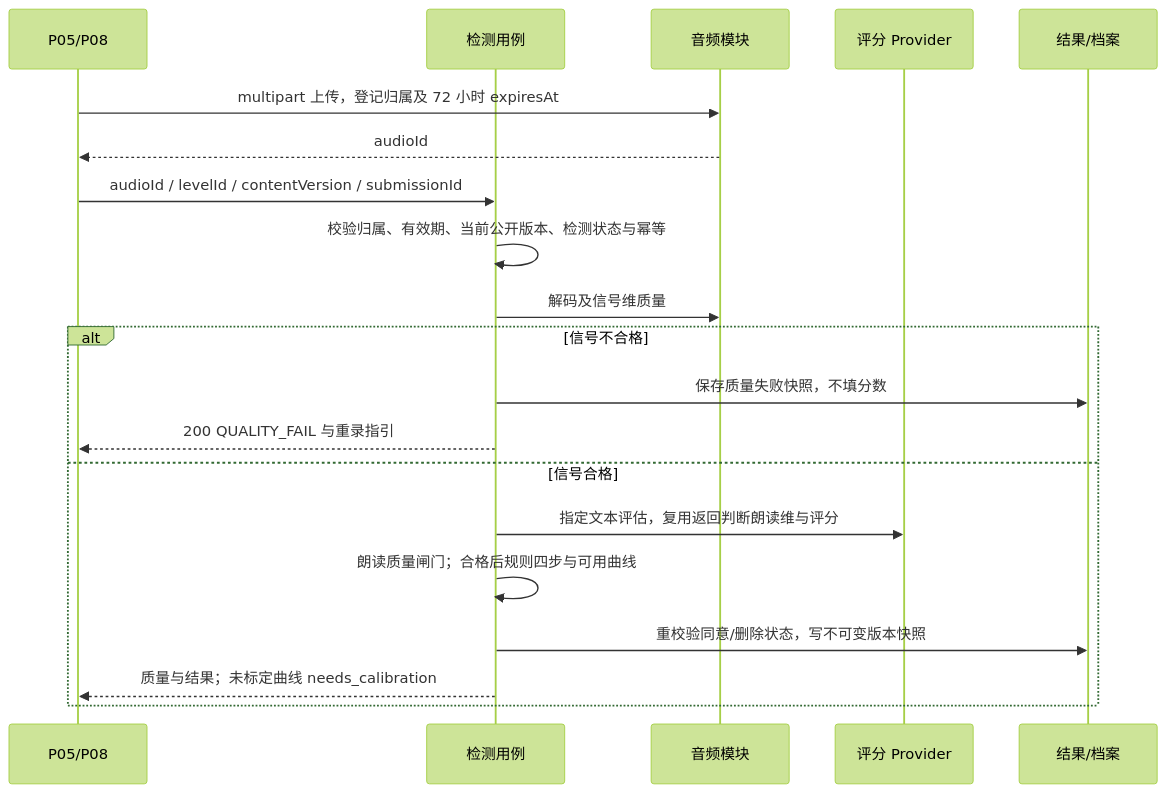
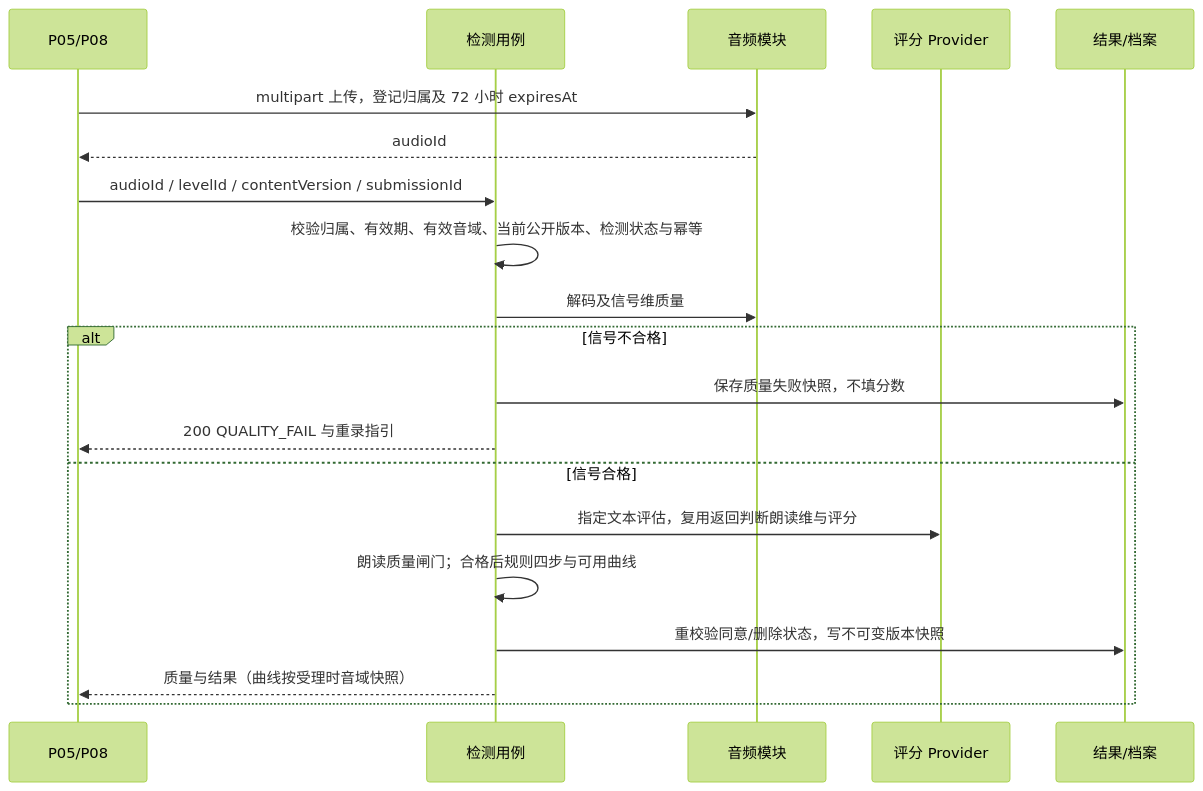
The second of 2 diagrams in docs/architecture/02-目标架构.md (teke123/sound-visualizer-learning-), drawn with Mermaid (forest theme) before and after one commit. The commit also changed other lines of this file and 14 other files, not shown here.

````diff
--- a/docs/architecture/02-目标架构.md
+++ b/docs/architecture/02-目标架构.md
@@ -67,22 +68,22 @@
 ```mermaid
 sequenceDiagram
     participant UI as P05/P08
     participant API as 检测用例
     participant Audio as 音频模块
     participant Provider as 评分 Provider
     participant Store as 结果/档案
     UI->>Audio: multipart 上传，登记归属及 72 小时 expiresAt
     Audio-->>UI: audioId
     UI->>API: audioId / levelId / contentVersion / submissionId
-    API->>API: 校验归属、有效期、当前公开版本、检测状态与幂等
+    API->>API: 校验归属、有效期、有效音域、当前公开版本、检测状态与幂等
     API->>Audio: 解码及信号维质量
     alt 信号不合格
         API->>Store: 保存质量失败快照，不填分数
         API-->>UI: 200 QUALITY_FAIL 与重录指引
     else 信号合格
         API->>Provider: 指定文本评估，复用返回判断朗读维与评分
         API->>API: 朗读质量闸门；合格后规则四步与可用曲线
         API->>Store: 重校验同意/删除状态，写不可变版本快照
-        API-->>UI: 质量与结果；未标定曲线 needs_calibration
+        API-->>UI: 质量与结果（曲线按受理时音域快照）
     end
 ```
````
